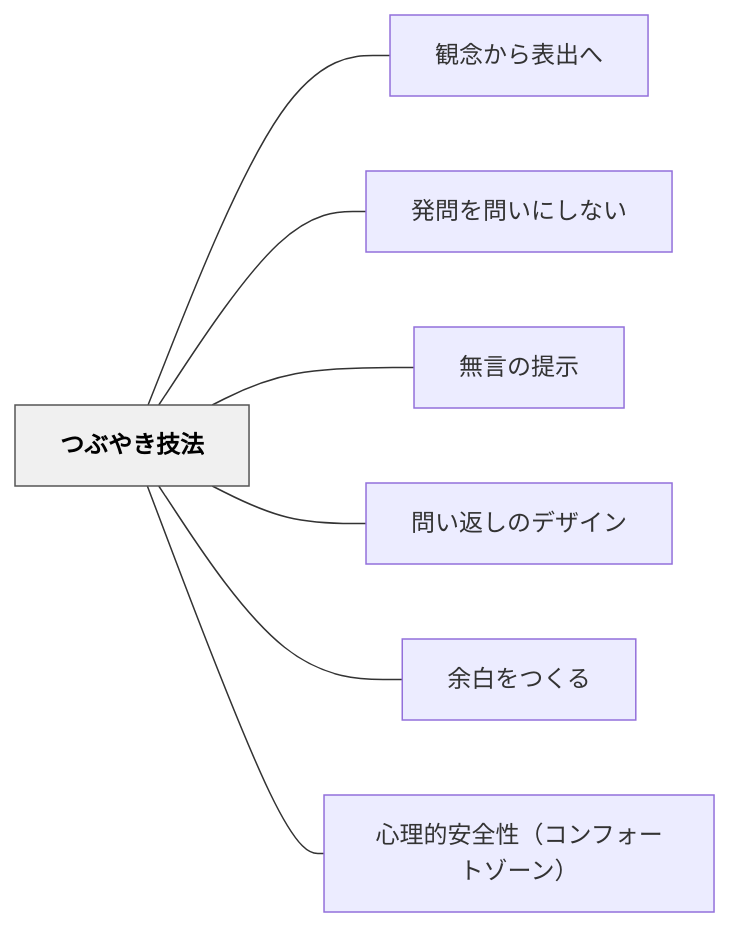
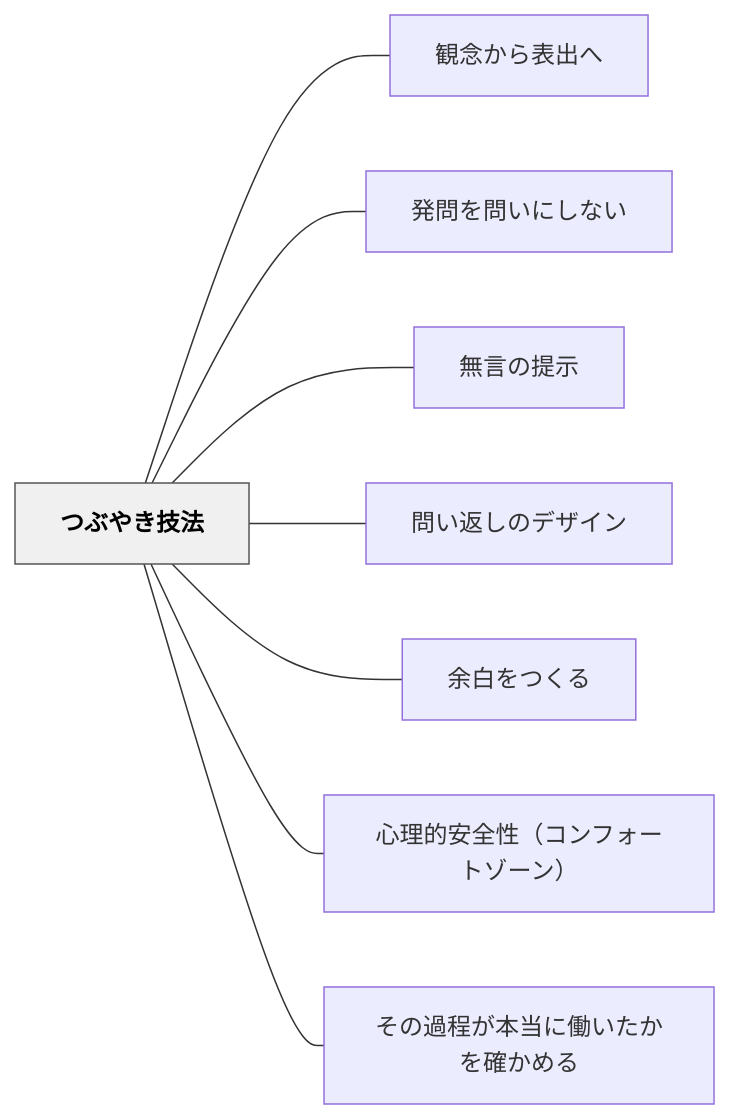
One commit to unknownthings-ed-patterns/unknownthings-ed-patterns changed the diagram in content/パタン/つぶやき技法.md. Above: the diagram before and after it, drawn with Mermaid. The commit also changed other lines of this file and 17 other files, not shown here.

````diff
--- a/content/パタン/つぶやき技法.md
+++ b/content/パタン/つぶやき技法.md
@@ -54,20 +54,22 @@
 ```mermaid
 flowchart LR
     ne381a4e381b6e38284e3818de68a80e6b395["つぶやき技法"]
     ne8a6b3e5bfb5e3818be38289e8a1a8e587bae381b8["観念から表出へ"]
     ne799bae5958fe38292e5958fe38184e381abe38197e381aae38184["発問を問いにしない"]
     ne784a1e8a880e381aee68f90e7a4ba["無言の提示"]
     ne5958fe38184e8bf94e38197e381aee38387e382b6e382a4e383b3["問い返しのデザイン"]
     ne4bd99e799bde38292e381a4e3818fe3828b["余白をつくる"]
     ne5bf83e79086e79a84e5ae89e585a8e680a7efbc88e382b3e383b3e38395e382a9e383bce38388e382bee383bce383b3efbc89["心理的安全性（コンフォートゾーン）"]
+    ne3819de381aee9818ee7a88be3818ce69cace5bd93e381abe5838de38184e3819fe3818be38292e7a2bae3818be38281e3828b["その過程が本当に働いたかを確かめる"]
 
     ne381a4e381b6e38284e3818de68a80e6b395 --- ne8a6b3e5bfb5e3818be38289e8a1a8e587bae381b8
     ne381a4e381b6e38284e3818de68a80e6b395 --- ne799bae5958fe38292e5958fe38184e381abe38197e381aae38184
     ne381a4e381b6e38284e3818de68a80e6b395 --- ne784a1e8a880e381aee68f90e7a4ba
     ne381a4e381b6e38284e3818de68a80e6b395 --- ne5958fe38184e8bf94e38197e381aee38387e382b6e382a4e383b3
     ne381a4e381b6e38284e3818de68a80e6b395 --- ne4bd99e799bde38292e381a4e3818fe3828b
     ne381a4e381b6e38284e3818de68a80e6b395 --- ne5bf83e79086e79a84e5ae89e585a8e680a7efbc88e382b3e383b3e38395e382a9e383bce38388e382bee383bce383b3efbc89
+    ne381a4e381b6e38284e3818de68a80e6b395 --- ne3819de381aee9818ee7a88be3818ce69cace5bd93e381abe5838de38184e3819fe3818be38292e7a2bae3818be38281e3828b
 
     classDef hub fill:#f0f0f0,stroke:#555,color:#000,font-weight:bold
     class ne381a4e381b6e38284e3818de68a80e6b395 hub
 ```
````
